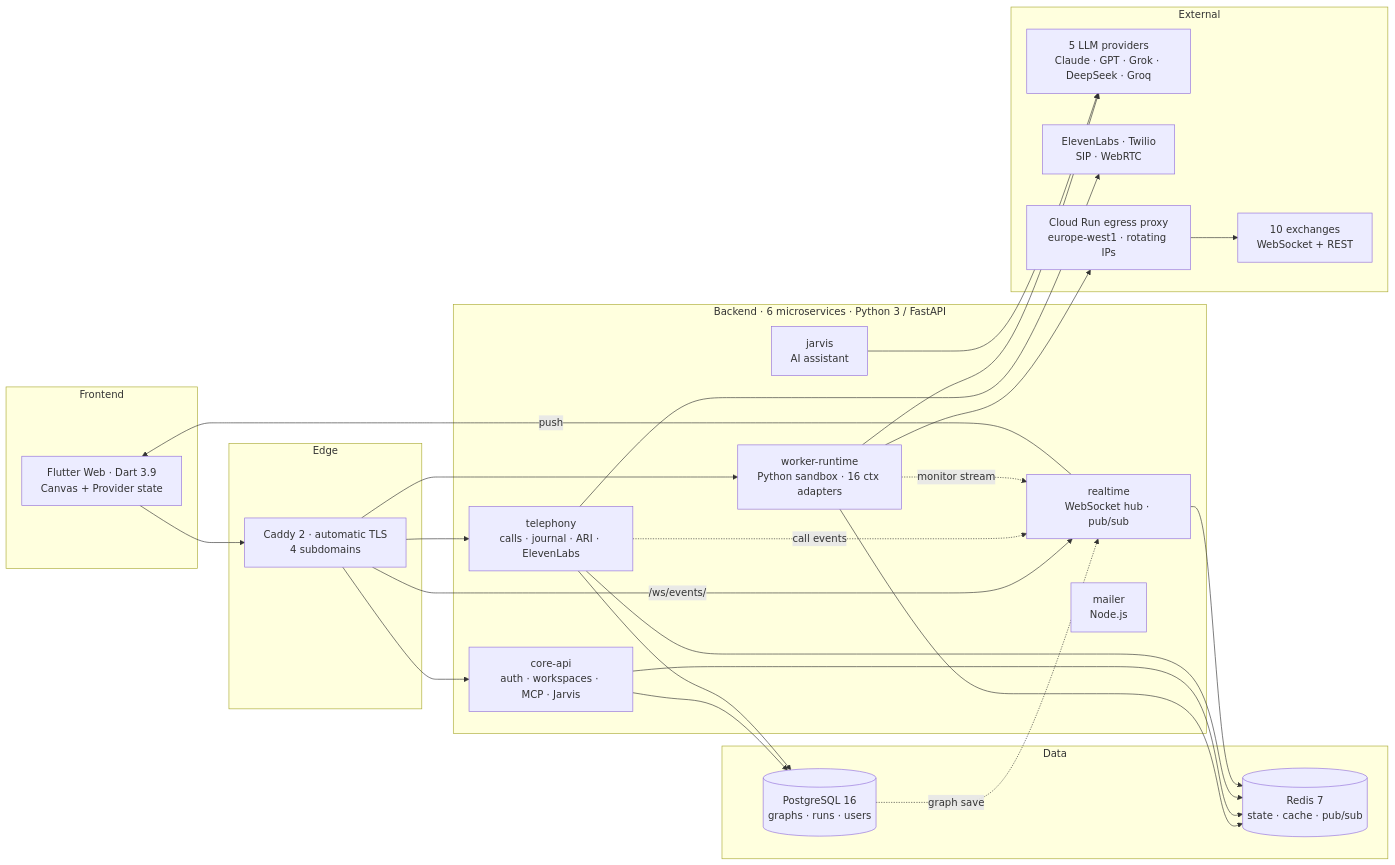
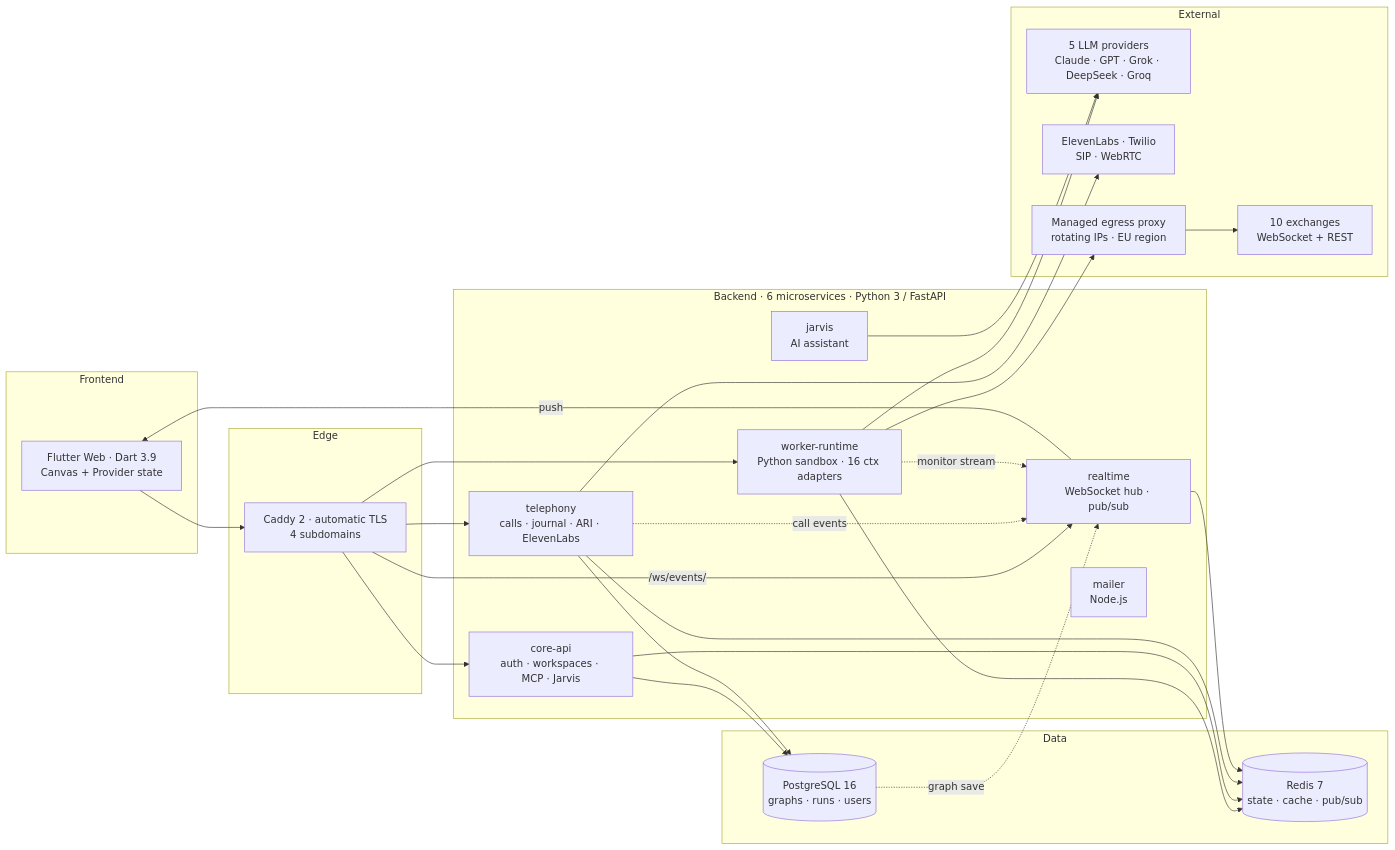
Before and after one commit to PinnacleDynamics/NodeGraph.io: the diagram in README.md, drawn with Mermaid. The commit also changed other lines of this file and 4 other files, not shown here.

First line of the commit message:
Strip operational specifics — keep architectural insight

````diff
--- a/README.md
+++ b/README.md
@@ -52,54 +52,54 @@
 ```mermaid
 flowchart LR
     subgraph Frontend
         FE[Flutter Web · Dart 3.9<br/>Canvas + Provider state]
     end
 
     subgraph Edge
         CADDY[Caddy 2 · automatic TLS<br/>4 subdomains]
     end
 
     subgraph Backend [Backend · 6 microservices · Python 3 / FastAPI]
         CORE[core-api<br/>auth · workspaces · MCP · Jarvis]
         TEL[telephony<br/>calls · journal · ARI · ElevenLabs]
         WR[worker-runtime<br/>Python sandbox · 16 ctx adapters]
         RT[realtime<br/>WebSocket hub · pub/sub]
         JV[jarvis<br/>AI assistant]
         ML[mailer<br/>Node.js]
     end
 
     subgraph Data
         PG[(PostgreSQL 16<br/>graphs · runs · users)]
         RD[(Redis 7<br/>state · cache · pub/sub)]
     end
 
     subgraph External
         EX[10 exchanges<br/>WebSocket + REST]
         LLM[5 LLM providers<br/>Claude · GPT · Grok · DeepSeek · Groq]
         VOICE[ElevenLabs · Twilio<br/>SIP · WebRTC]
-        PROXY[Cloud Run egress proxy<br/>europe-west1 · rotating IPs]
+        PROXY[Managed egress proxy<br/>rotating IPs · EU region]
     end
 
     FE --> CADDY
     CADDY --> CORE
     CADDY --> TEL
     CADDY --> WR
     CADDY -->|/ws/events/| RT
 
     CORE --> PG
     TEL --> PG
     WR --> RD
     CORE --> RD
     TEL --> RD
     RT --> RD
 
     WR --> PROXY --> EX
     WR --> LLM
     TEL --> VOICE
     JV --> LLM
 
     PG -.->|graph save| RT
     TEL -.->|call events| RT
     WR -.->|monitor stream| RT
     RT -->|push| FE
 ```
````
